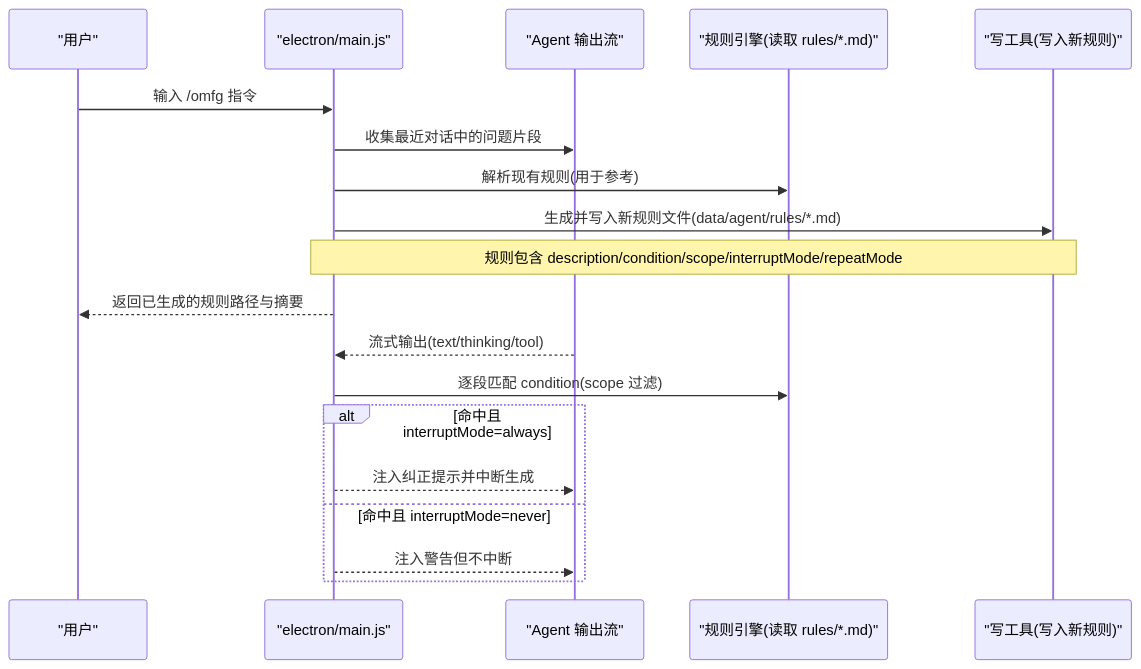
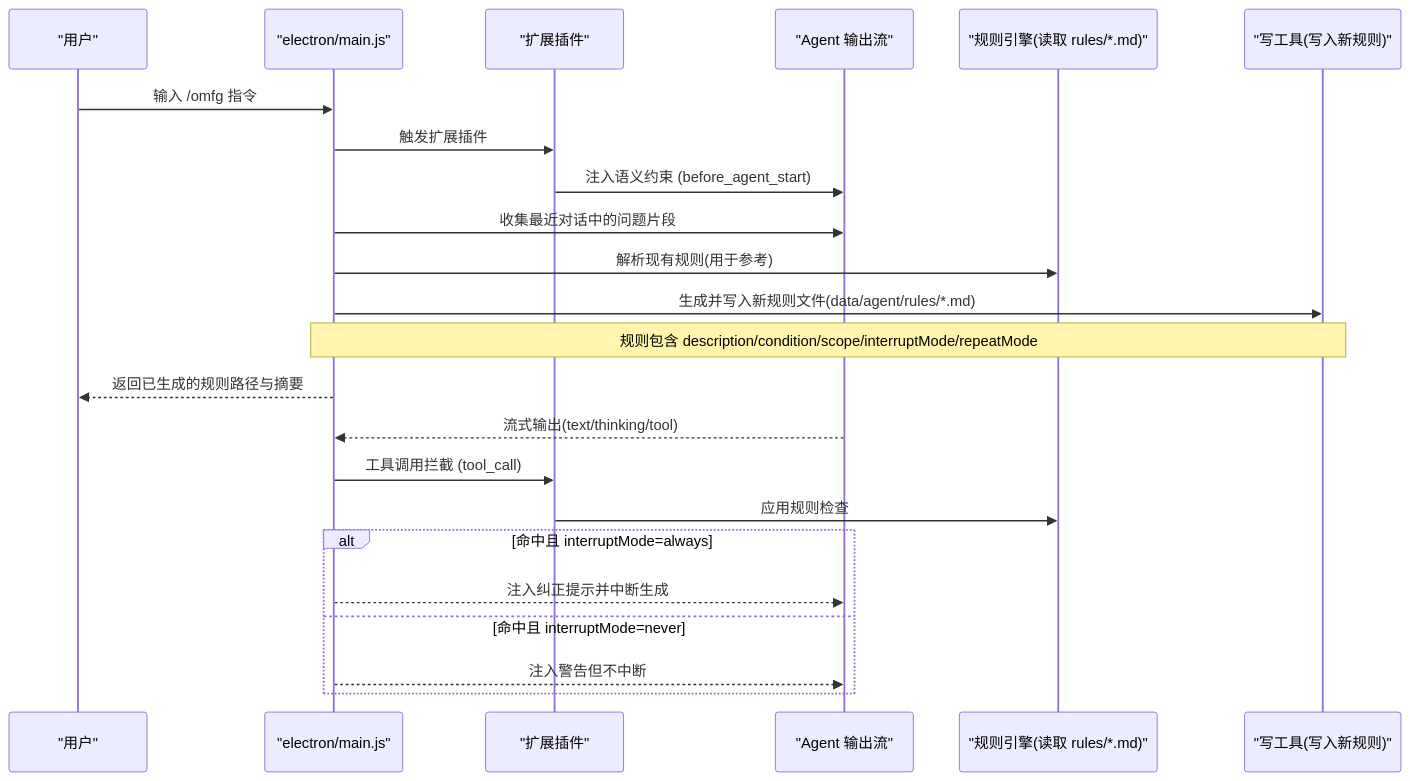
One commit to swond-Mao/Tiffa changed the second of 5 diagrams in .qoder/repowiki/zh/content/约束系统/约束系统.md. Above: the diagram before and after it, drawn with Mermaid. The commit also changed other lines of this file and 18 other files, not shown here.

````diff
--- a/.qoder/repowiki/zh/content/约束系统/约束系统.md
+++ b/.qoder/repowiki/zh/content/约束系统/约束系统.md
@@ -112,21 +120,25 @@
 ```mermaid
 sequenceDiagram
 participant U as "用户"
 participant E as "electron/main.js"
+participant P as "扩展插件"
 participant A as "Agent 输出流"
 participant R as "规则引擎(读取 rules/*.md)"
 participant W as "写工具(写入新规则)"
 U->>E : 输入 /omfg 指令
+E->>P : 触发扩展插件
+P->>A : 注入语义约束 (before_agent_start)
 E->>A : 收集最近对话中的问题片段
 E->>R : 解析现有规则(用于参考)
 E->>W : 生成并写入新规则文件(data/agent/rules/*.md)
 Note over E,W : 规则包含 description/condition/scope/interruptMode/repeatMode
 E-->>U : 返回已生成的规则路径与摘要
 A-->>E : 流式输出(text/thinking/tool)
-E->>R : 逐段匹配 condition(scope 过滤)
+E->>P : 工具调用拦截 (tool_call)
+P->>R : 应用规则检查
 alt 命中且 interruptMode=always
 E-->>A : 注入纠正提示并中断生成
 else 命中且 interruptMode=never
 E-->>A : 注入警告但不中断
 end
 ```
````
